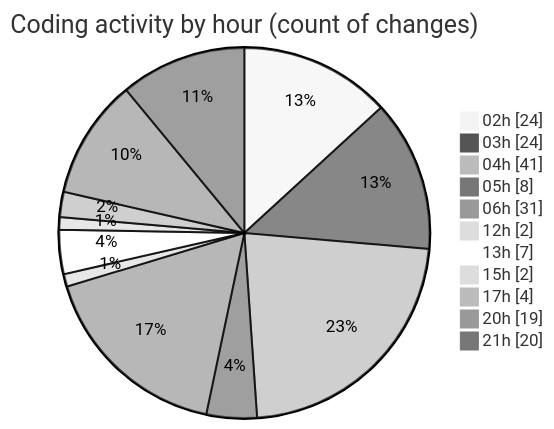
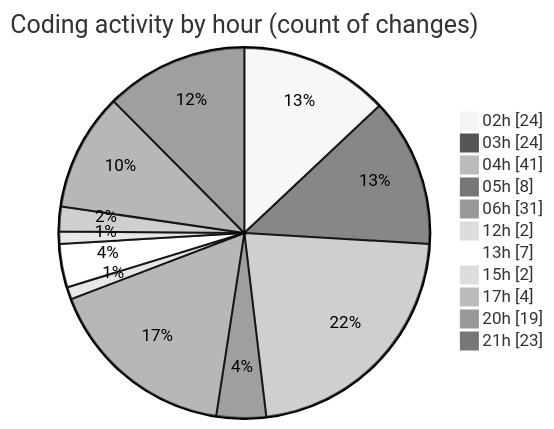
Before and after one commit to lephambinh05/code-tracking: the second of 2 diagrams in 2025-07-23/quanlyrapchieuphim/README.md, drawn with Mermaid (neutral theme). The commit also changed other lines of this file and 1 other file, not shown here.

````diff
--- a/2025-07-23/quanlyrapchieuphim/README.md
+++ b/2025-07-23/quanlyrapchieuphim/README.md
@@ -44,15 +44,15 @@
 ```mermaid
 pie showData
 title Coding activity by hour (count of changes)
 "02h" : 24
 "03h" : 24
 "04h" : 41
 "05h" : 8
 "06h" : 31
 "12h" : 2
 "13h" : 7
 "15h" : 2
 "17h" : 4
 "20h" : 19
-"21h" : 20
+"21h" : 23
 ```
````
